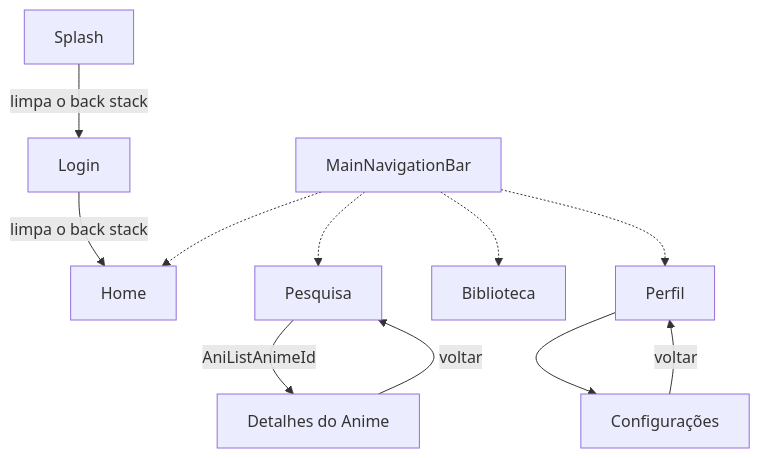
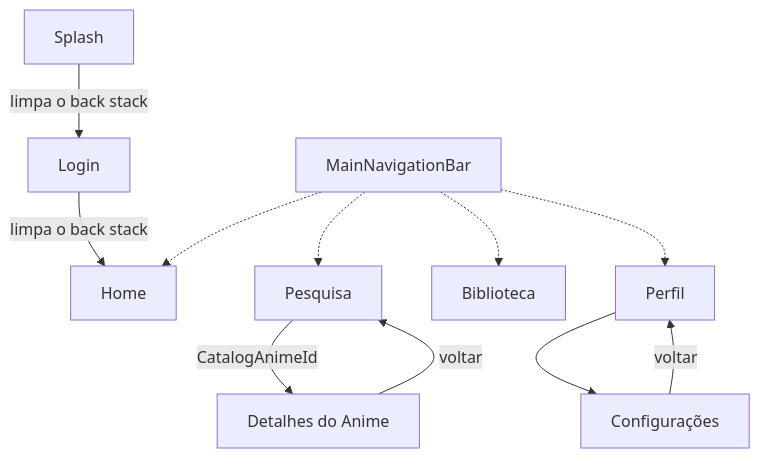
One commit to Drufontael/mykytadu-app changed the first of 10 diagrams in docs/modelagem.md. Above: the diagram before and after it, drawn with Mermaid. The commit also changed other lines of this file and 44 other files, not shown here.

Commit message:
refactor(domain): decouple catalog identity from AniList

````diff
--- a/docs/modelagem.md
+++ b/docs/modelagem.md
@@ -131,29 +131,29 @@
 ```mermaid
 flowchart TD
     Splash["Splash"]
 
     Login["Login"]
     Home["Home"]
     Search["Pesquisa"]
     AnimeDetails["Detalhes do Anime"]
     Library["Biblioteca"]
     Profile["Perfil"]
     Settings["Configurações"]
 
     MainNavigation["MainNavigationBar"]
 
     Splash -->|limpa o back stack| Login
     Login -->|limpa o back stack| Home
 
     MainNavigation -.-> Home
     MainNavigation -.-> Search
     MainNavigation -.-> Library
     MainNavigation -.-> Profile
 
-    Search -->|AniListAnimeId| AnimeDetails
+    Search -->|CatalogAnimeId| AnimeDetails
 
     Profile --> Settings
 
     AnimeDetails -->|voltar| Search
     Settings -->|voltar| Profile
 ```
````
